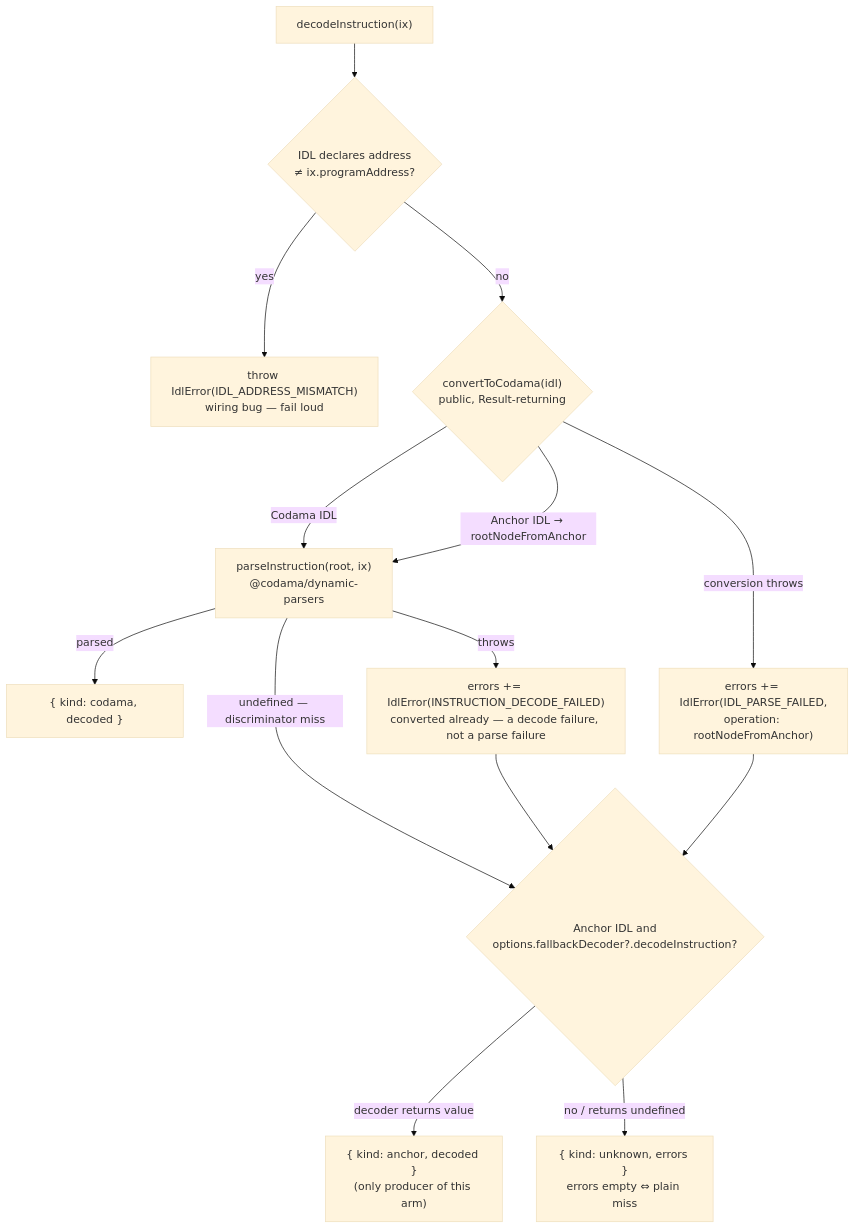
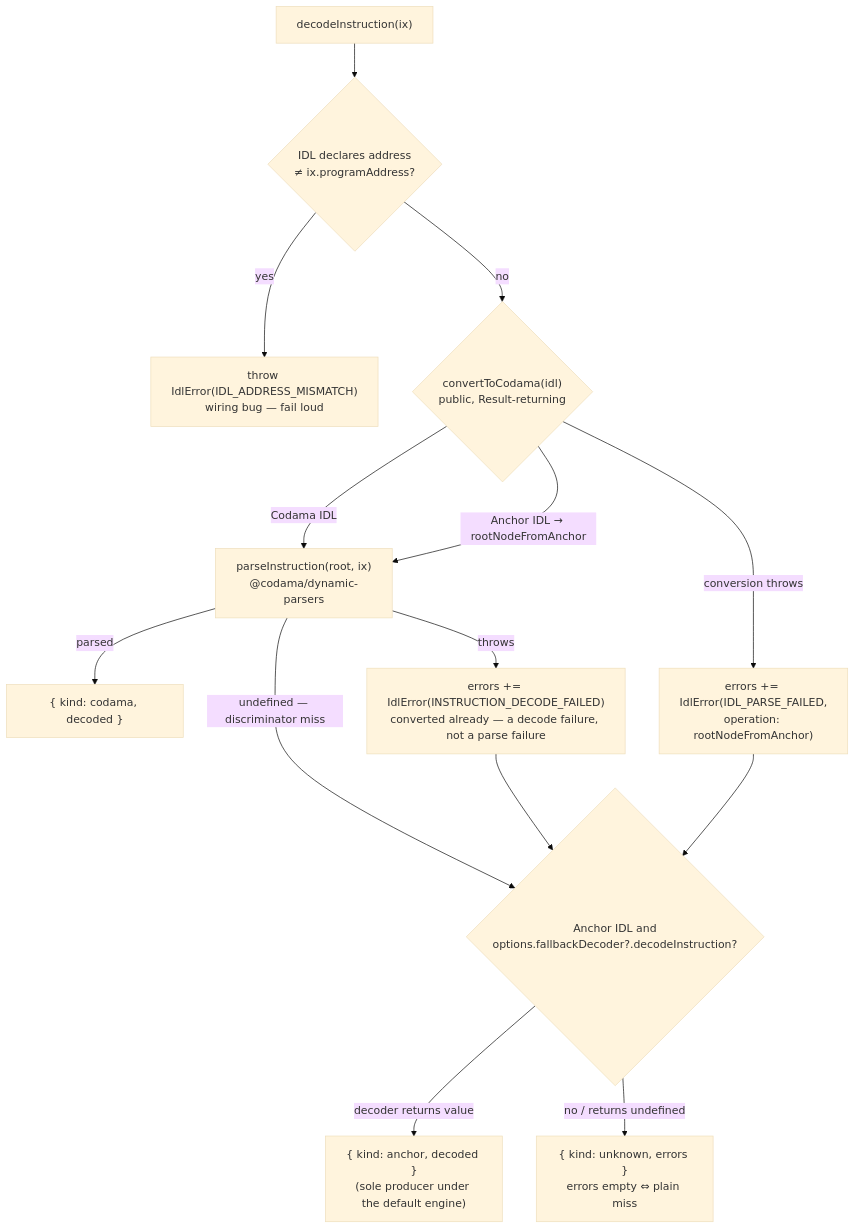
One commit to hoodieshq/explorer changed the second of 2 diagrams in packages/idl/DESIGN.md. Above: the diagram before and after it, drawn with Mermaid (base theme). The commit also changed other lines of this file and 21 other files, not shown here.

````diff
--- a/packages/idl/DESIGN.md
+++ b/packages/idl/DESIGN.md
@@ -34,16 +34,16 @@
 ```mermaid
 flowchart TD
     IX["decodeInstruction(ix)"] --> ADDR{"IDL declares address<br/>≠ ix.programAddress?"}
     ADDR -->|yes| MISMATCH["throw IdlError(IDL_ADDRESS_MISMATCH)<br/>wiring bug — fail loud"]
     ADDR -->|no| ROOT{"convertToCodama(idl)<br/>public, Result-returning"}
     ROOT -->|"Codama IDL"| PARSE
     ROOT -->|"Anchor IDL → rootNodeFromAnchor"| PARSE["parseInstruction(root, ix)<br/>@codama/dynamic-parsers"]
     ROOT -->|"conversion throws"| COLLECT["errors += IdlError(IDL_PARSE_FAILED,<br/>operation: rootNodeFromAnchor)"]
     PARSE -->|"parsed"| CODAMA["{ kind: codama, decoded }"]
     PARSE -->|"undefined — discriminator miss"| FALLBACK
     PARSE -->|"throws"| COLLECT2["errors += IdlError(INSTRUCTION_DECODE_FAILED)<br/>converted already — a decode failure, not a parse failure"]
     COLLECT --> FALLBACK{"Anchor IDL and<br/>options.fallbackDecoder?.decodeInstruction?"}
     COLLECT2 --> FALLBACK
-    FALLBACK -->|"decoder returns value"| ANCHOR["{ kind: anchor, decoded }<br/>(only producer of this arm)"]
+    FALLBACK -->|"decoder returns value"| ANCHOR["{ kind: anchor, decoded }<br/>(sole producer under the default engine)"]
     FALLBACK -->|"no / returns undefined"| UNKNOWN["{ kind: unknown, errors }<br/>errors empty ⇔ plain miss"]
 ```
````
